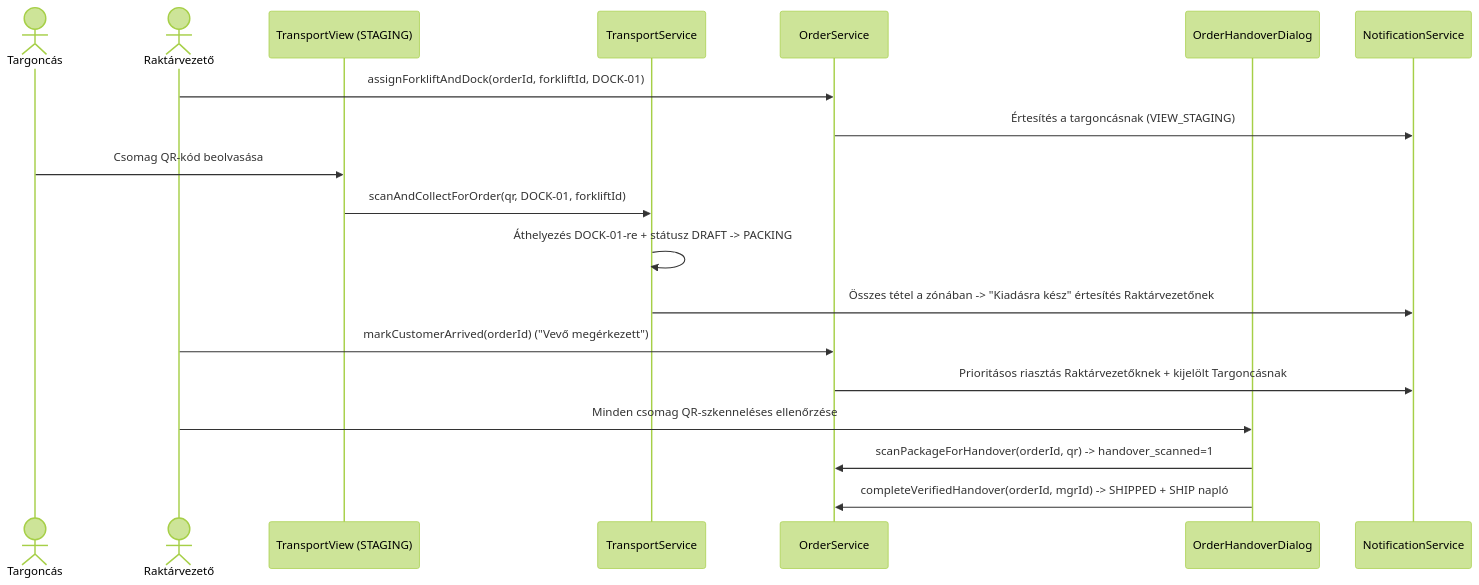
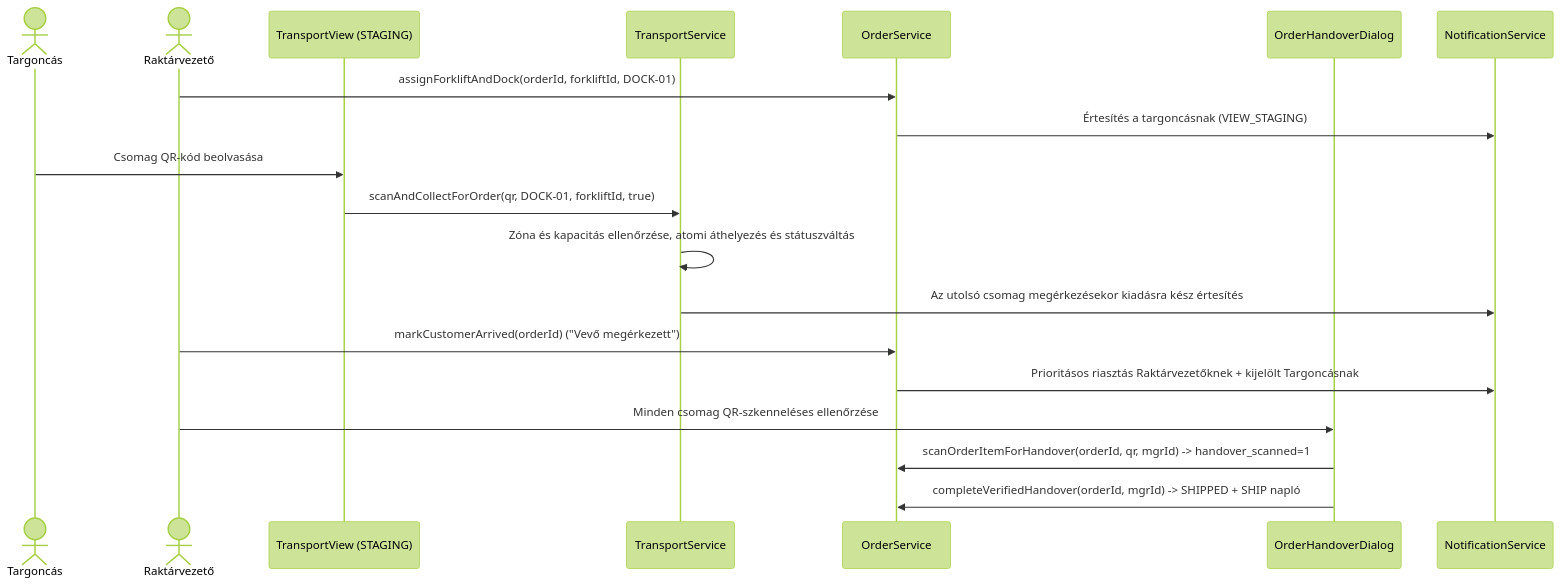
One commit to attilaczudor/due-prog-03 changed the fifth of 5 diagrams in docs/Programterv.md. Above: the diagram before and after it, drawn with Mermaid (forest theme). The commit also changed other lines of this file and 196 other files, not shown here.

````diff
--- a/docs/Programterv.md
+++ b/docs/Programterv.md
@@ -209,22 +236,22 @@
 ```mermaid
 sequenceDiagram
     actor FL as Targoncás
     actor Mgr as Raktárvezető
     participant Stage as TransportView (STAGING)
     participant TrSvc as TransportService
     participant OrdSvc as OrderService
     participant Handover as OrderHandoverDialog
     participant Notif as NotificationService
 
     Mgr->>OrdSvc: assignForkliftAndDock(orderId, forkliftId, DOCK-01)
     OrdSvc->>Notif: Értesítés a targoncásnak (VIEW_STAGING)
     FL->>Stage: Csomag QR-kód beolvasása
-    Stage->>TrSvc: scanAndCollectForOrder(qr, DOCK-01, forkliftId)
-    TrSvc->>TrSvc: Áthelyezés DOCK-01-re + státusz DRAFT -> PACKING
-    TrSvc->>Notif: Összes tétel a zónában -> "Kiadásra kész" értesítés Raktárvezetőnek
+    Stage->>TrSvc: scanAndCollectForOrder(qr, DOCK-01, forkliftId, true)
+    TrSvc->>TrSvc: Zóna és kapacitás ellenőrzése, atomi áthelyezés és státuszváltás
+    TrSvc->>Notif: Az utolsó csomag megérkezésekor kiadásra kész értesítés
     Mgr->>OrdSvc: markCustomerArrived(orderId) ("Vevő megérkezett")
     OrdSvc->>Notif: Prioritásos riasztás Raktárvezetőknek + kijelölt Targoncásnak
     Mgr->>Handover: Minden csomag QR-szkenneléses ellenőrzése
-    Handover->>OrdSvc: scanPackageForHandover(orderId, qr) -> handover_scanned=1
+    Handover->>OrdSvc: scanOrderItemForHandover(orderId, qr, mgrId) -> handover_scanned=1
     Handover->>OrdSvc: completeVerifiedHandover(orderId, mgrId) -> SHIPPED + SHIP napló
 ```
````
